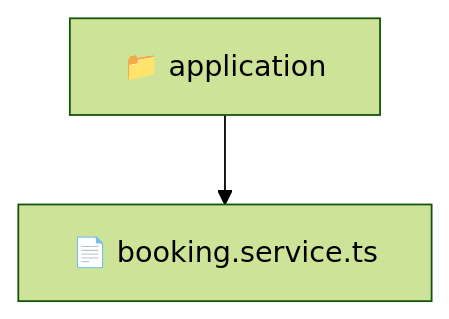
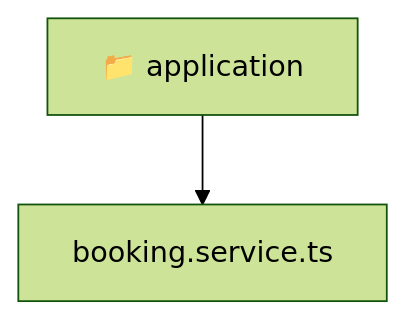
The diagram in backend/src/modules/booking/application/README.md (beginwebdev2002/fullstack-mavluda), drawn with Mermaid (forest theme) before and after one commit. The commit also changed other lines of this file and 167 other files, not shown here.

````diff
--- a/backend/src/modules/booking/application/README.md
+++ b/backend/src/modules/booking/application/README.md
@@ -9,5 +9,6 @@
 ```mermaid
 graph TD
-  Root["📁 application"]
-  Root --> booking_service_ts["📄 booking.service.ts"]
+  Root_application["📁 application"]
+  f_booking_service_ts["booking.service.ts"]
+  Root_application --> f_booking_service_ts
 ```
````
